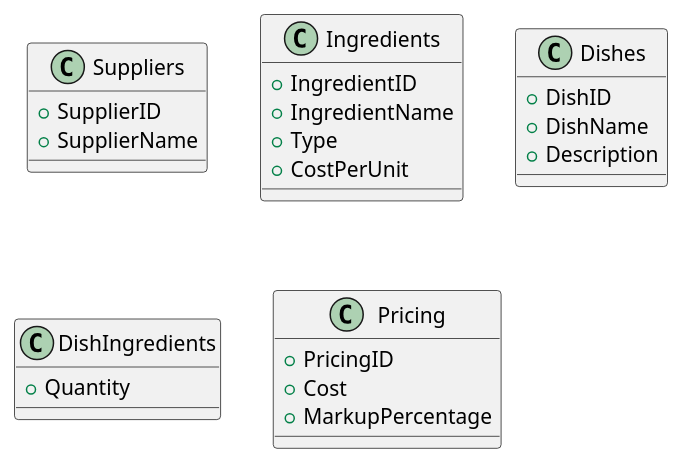
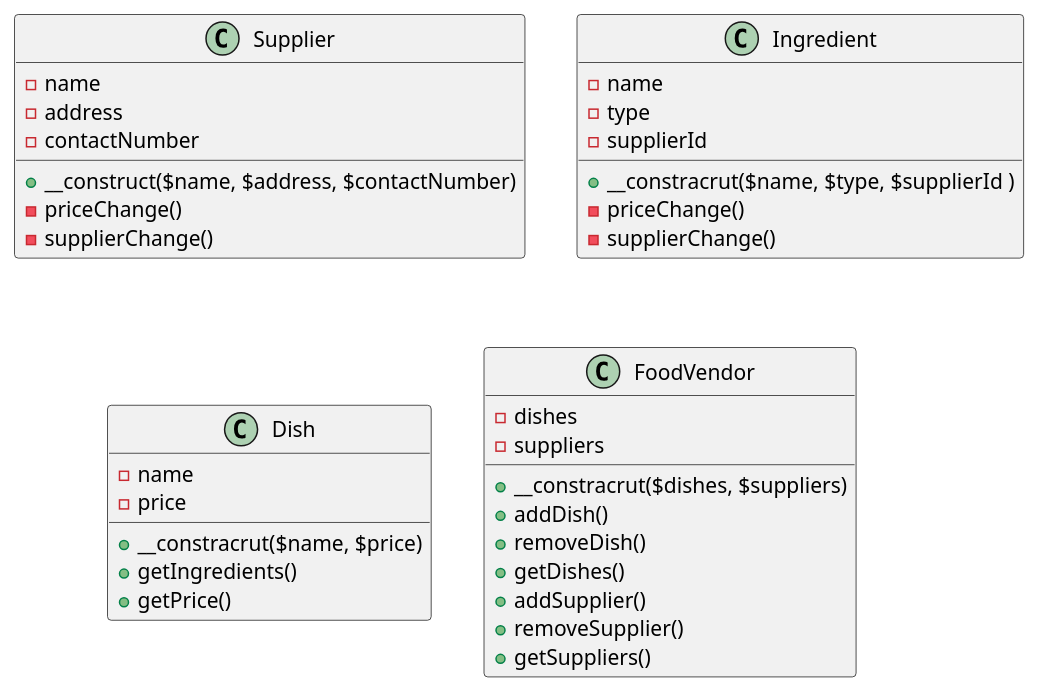
The diagram in project-1/table-food.puml (shimadeljavan/block3-adv-web), drawn with PlantUML before and after one commit. The commit also changed 3 other files, not shown here.

```diff
--- a/project-1/table-food.puml
+++ b/project-1/table-food.puml
@@ -1,30 +1,41 @@
-@startuml Food vendor
+@startuml
 
-class Suppliers {
-  +SupplierID
-  +SupplierName
+class Supplier {
+  - name
+  - address
+  - contactNumber
+  +__construct($name, $address, $contactNumber)
+  -priceChange()
+  -supplierChange()
 }
 
-class Ingredients {
-  +IngredientID
-  +IngredientName
-  +Type
-  +CostPerUnit
+class Ingredient {
+  - name
+  - type
+  -supplierId
++__constracrut($name, $type, $supplierId )
+  -priceChange()
+  -supplierChange()
 }
 
-class Dishes {
-  +DishID
-  +DishName
-  +Description
+class Dish {
+  - name
+  - price
+  +__constracrut($name, $price)
+  + getIngredients()
+  +getPrice()
 }
 
-class DishIngredients {
-  +Quantity
+class FoodVendor {
+  - dishes
+  - suppliers
+  +__constracrut($dishes, $suppliers)
+  + addDish()
+  + removeDish()
+  + getDishes()
+  + addSupplier()
+  + removeSupplier()
+  + getSuppliers()
 }
 
-class Pricing {
-  +PricingID
-  +Cost
-  +MarkupPercentage
-}
 @enduml
```
